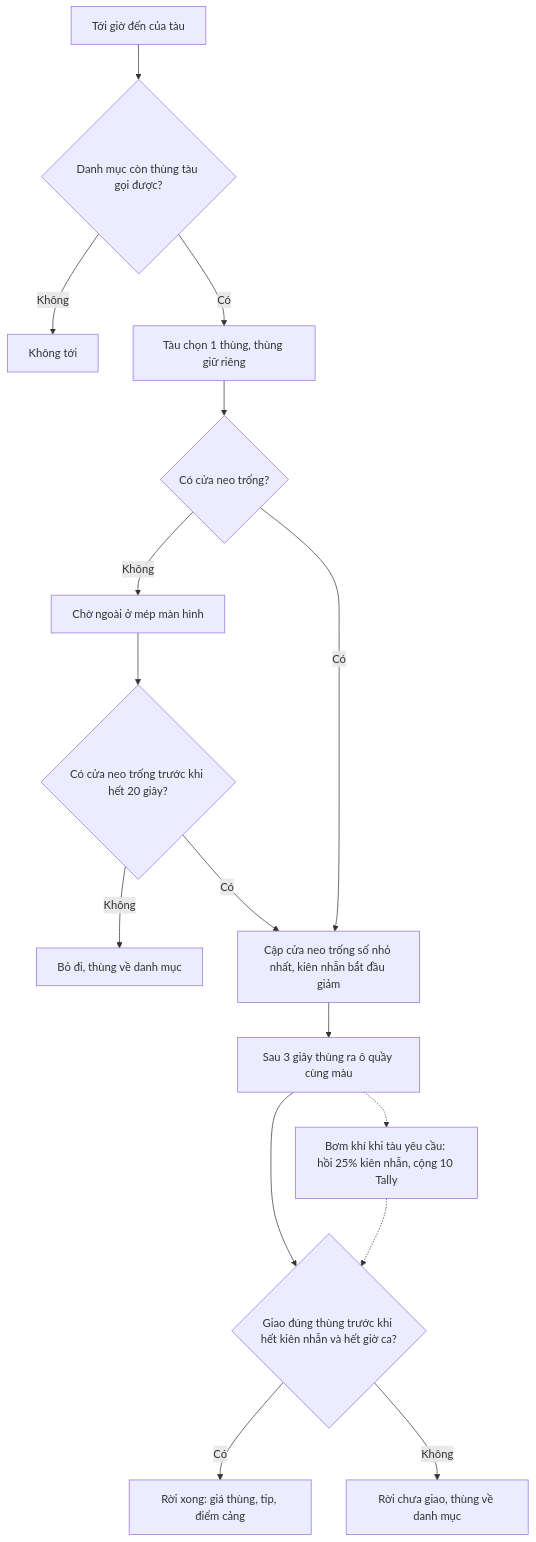
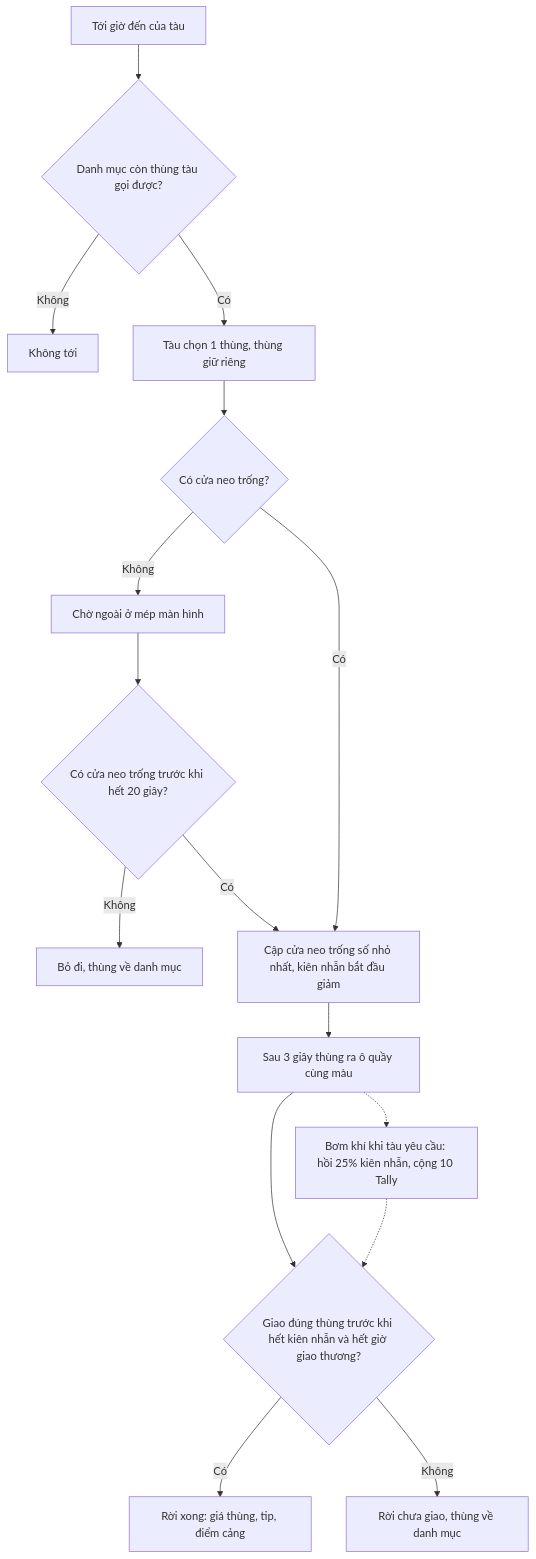
The second of 2 diagrams in projects/game-moi/book/phan-2/06-tram-va-cang.md (huycv18/DATN-SP27), drawn with Mermaid before and after one commit. The commit also changed other lines of this file and 81 other files, not shown here.

Commit message:
Đổi tên ca cảng thành Giờ Giao Thương (Trade Hour): GDD, Book, TSV 25 tab, strings, sim, tool, prompt agent. Đếm là lượt giao thương, nút Mở bán, Nghỉ bán, màn Tổng kết giao thương. Luật và số giữ nguyên, sim kinh tế chạy lại không đổi số

````diff
--- a/projects/game-moi/book/phan-2/06-tram-va-cang.md
+++ b/projects/game-moi/book/phan-2/06-tram-va-cang.md
@@ -171,18 +171,18 @@
 ```mermaid
 flowchart TD
   A["Tới giờ đến của tàu"] --> B{"Danh mục còn thùng tàu gọi được?"}
   B -->|Không| C["Không tới"]
   B -->|Có| D["Tàu chọn 1 thùng, thùng giữ riêng"]
   D --> E{"Có cửa neo trống?"}
   E -->|Không| F["Chờ ngoài ở mép màn hình"]
   F --> G{"Có cửa neo trống trước khi hết 20 giây?"}
   G -->|Không| H["Bỏ đi, thùng về danh mục"]
   G -->|Có| I
   E -->|Có| I["Cập cửa neo trống số nhỏ nhất, kiên nhẫn bắt đầu giảm"]
   I --> J["Sau 3 giây thùng ra ô quầy cùng màu"]
-  J --> K{"Giao đúng thùng trước khi hết kiên nhẫn và hết giờ ca?"}
+  J --> K{"Giao đúng thùng trước khi hết kiên nhẫn và hết giờ giao thương?"}
   K -->|Có| L["Rời xong: giá thùng, tip, điểm cảng"]
   K -->|Không| M["Rời chưa giao, thùng về danh mục"]
   J -.-> N["Bơm khí khi tàu yêu cầu: hồi 25% kiên nhẫn, cộng 10 Tally"]
   N -.-> K
 ```
````
